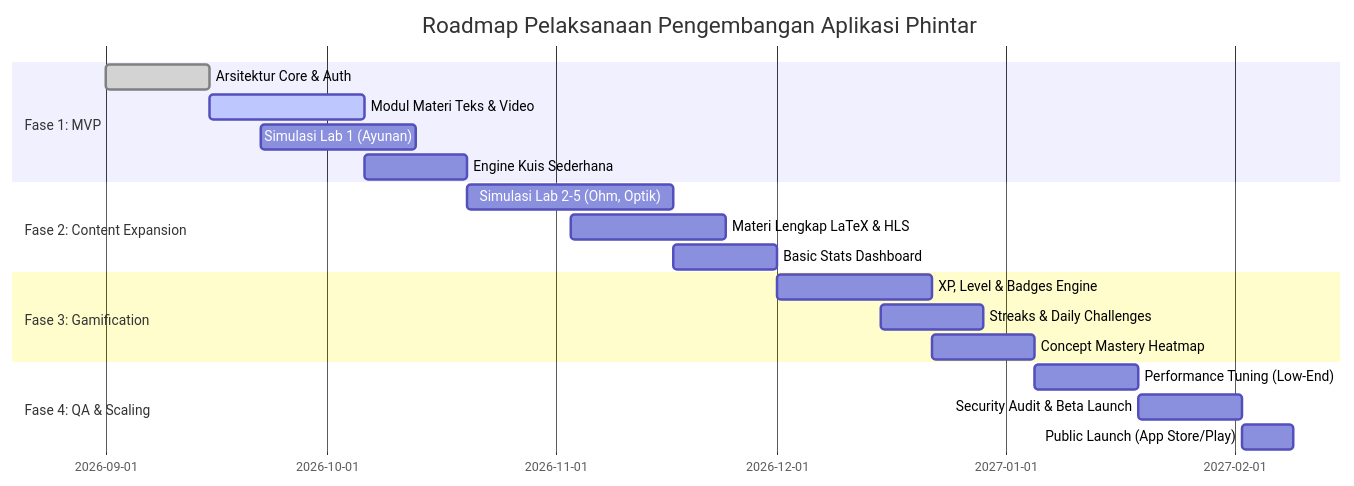
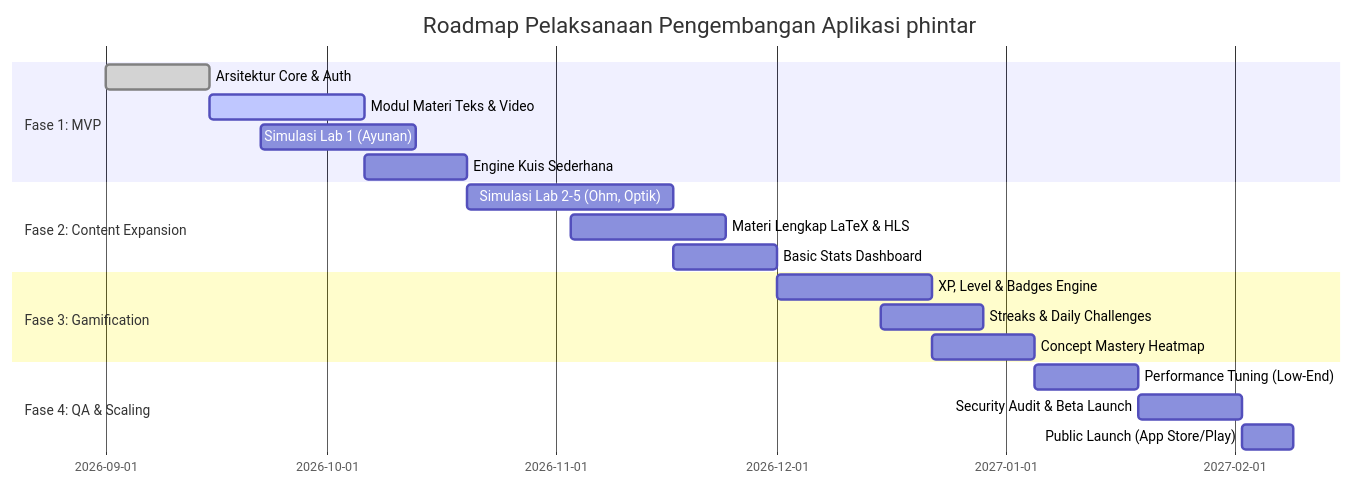
One commit to Ge3nnnn/Phintar changed the fourth of 4 diagrams in implementation_plan.md. Above: the diagram before and after it, drawn with Mermaid. The commit also changed other lines of this file and 60 other files, not shown here.

````diff
--- a/implementation_plan.md
+++ b/implementation_plan.md
@@ -228,22 +228,22 @@
 ```mermaid
 gantt
-    title Roadmap Pelaksanaan Pengembangan Aplikasi Phintar
+    title Roadmap Pelaksanaan Pengembangan Aplikasi phintar
     dateFormat  YYYY-MM-DD
     section Fase 1: MVP
     Arsitektur Core & Auth        :done, m1, 2026-09-01, 2w
     Modul Materi Teks & Video     :active, m2, 2026-09-15, 3w
     Simulasi Lab 1 (Ayunan)       :m3, 2026-09-22, 3w
     Engine Kuis Sederhana         :m4, 2026-10-06, 2w
     section Fase 2: Content Expansion
     Simulasi Lab 2-5 (Ohm, Optik) :f2_1, 2026-10-20, 4w
     Materi Lengkap LaTeX & HLS    :f2_2, 2026-11-03, 3w
     Basic Stats Dashboard         :f2_3, 2026-11-17, 2w
     section Fase 3: Gamification
     XP, Level & Badges Engine     :f3_1, 2026-12-01, 3w
     Streaks & Daily Challenges    :f3_2, 2026-12-15, 2w
     Concept Mastery Heatmap       :f3_3, 2026-12-22, 2w
     section Fase 4: QA & Scaling
     Performance Tuning (Low-End)  :f4_1, 2027-01-05, 2w
     Security Audit & Beta Launch  :f4_2, 2027-01-19, 2w
     Public Launch (App Store/Play):f4_3, 2027-02-02, 1w
 ```
````
